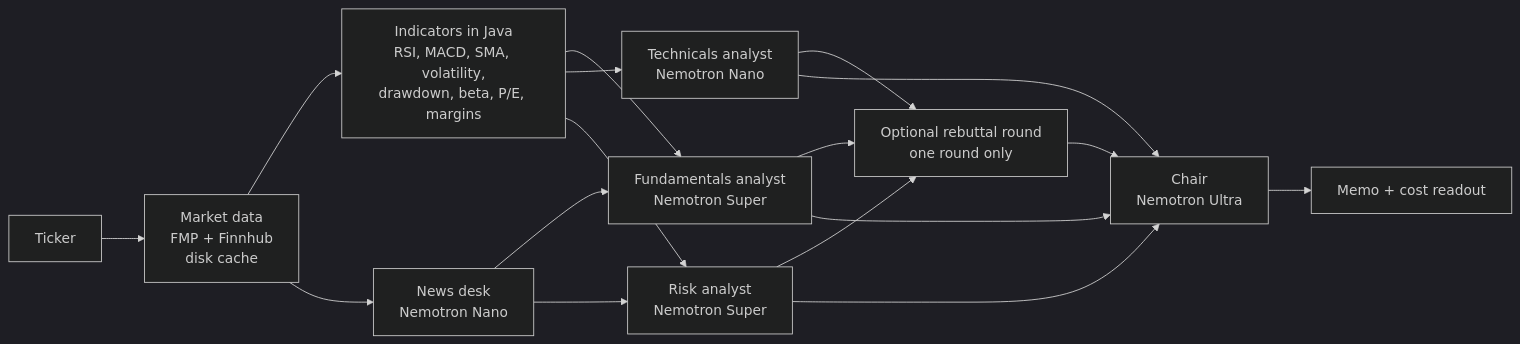
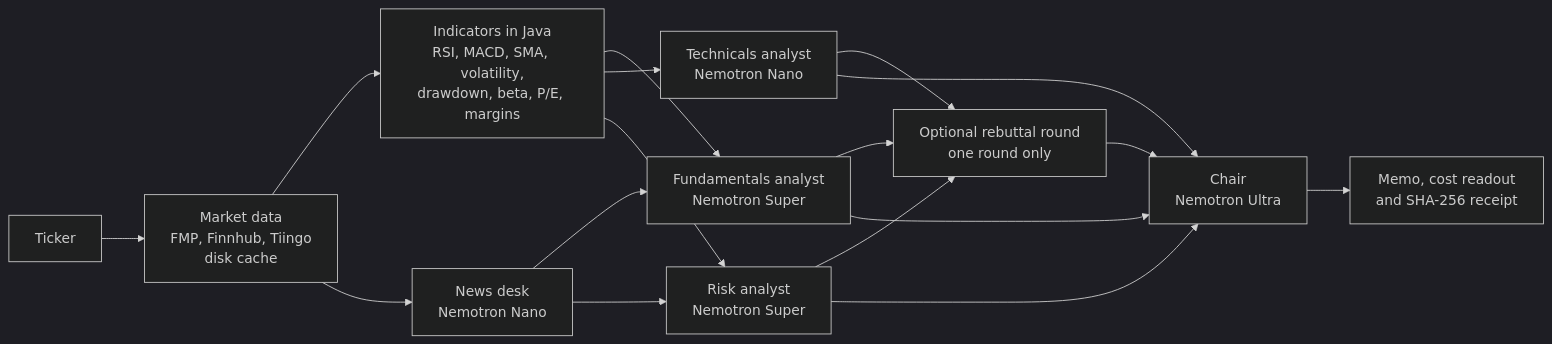
Before and after one commit to samaunmahmud/zenith: the diagram in README.md, drawn with Mermaid (dark theme). The commit also changed other lines of this file and 5 other files, not shown here.

Commit message:
README: security and trust section, decision receipts, data fallbacks, new screenshots (session, integrity and receipt, landing, head to head, track record)

````diff
--- a/README.md
+++ b/README.md
@@ -41,15 +47,15 @@
 ```mermaid
 flowchart LR
-    U[Ticker] --> D[Market data<br/>FMP + Finnhub<br/>disk cache]
+    U[Ticker] --> D[Market data<br/>FMP, Finnhub, Tiingo<br/>disk cache]
     D --> I[Indicators in Java<br/>RSI, MACD, SMA, volatility,<br/>drawdown, beta, P/E, margins]
     D --> N[News desk<br/>Nemotron Nano]
     I --> F[Fundamentals analyst<br/>Nemotron Super]
     I --> T[Technicals analyst<br/>Nemotron Nano]
     I --> R[Risk analyst<br/>Nemotron Super]
     N --> F
     N --> R
     F & T & R --> RB[Optional rebuttal round<br/>one round only]
     F & T & R --> C[Chair<br/>Nemotron Ultra]
     RB --> C
-    C --> M[Memo + cost readout]
+    C --> M[Memo, cost readout<br/>and SHA-256 receipt]
 ```
````
